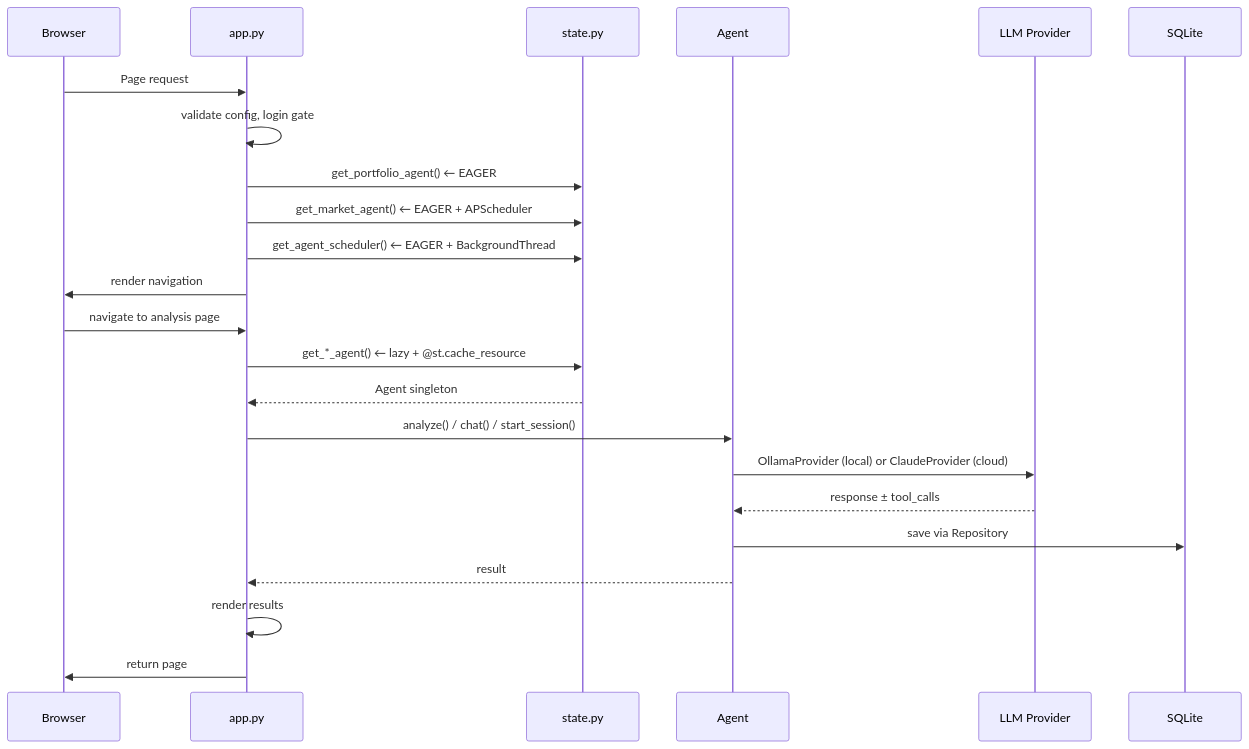
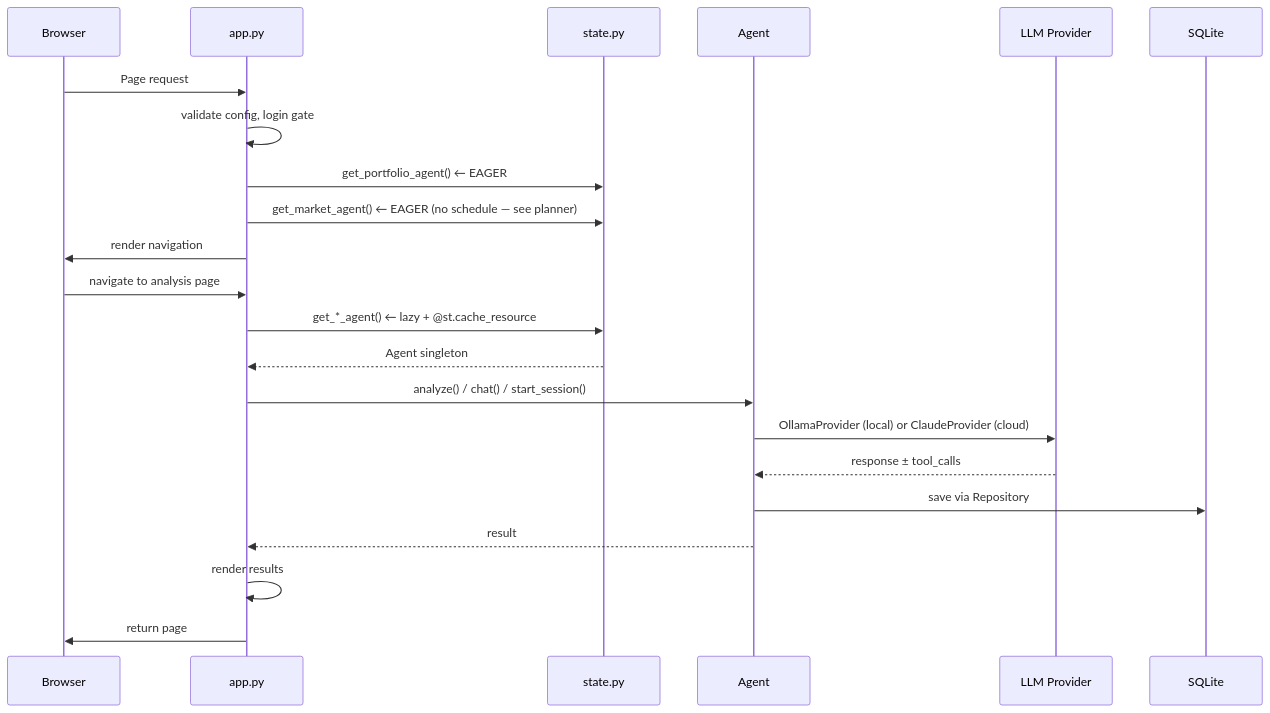
One commit to esc1899/wealth_management changed the second of 3 diagrams in ARCHITECTURE.md. Above: the diagram before and after it, drawn with Mermaid. The commit also changed other lines of this file and 8 other files, not shown here.

````diff
--- a/ARCHITECTURE.md
+++ b/ARCHITECTURE.md
@@ -62,27 +62,26 @@
 ```mermaid
 sequenceDiagram
     participant B as Browser
     participant A as app.py
     participant S as state.py
     participant Ag as Agent
     participant LLM as LLM Provider
     participant DB as SQLite
 
     B->>A: Page request
     A->>A: validate config, login gate
     A->>S: get_portfolio_agent() ← EAGER
-    A->>S: get_market_agent() ← EAGER + APScheduler
-    A->>S: get_agent_scheduler() ← EAGER + BackgroundThread
+    A->>S: get_market_agent() ← EAGER (no schedule — see planner)
     A->>B: render navigation
 
     B->>A: navigate to analysis page
     A->>S: get_*_agent() ← lazy + @st.cache_resource
     S-->>A: Agent singleton
     A->>Ag: analyze() / chat() / start_session()
     Ag->>LLM: OllamaProvider (local) or ClaudeProvider (cloud)
     LLM-->>Ag: response ± tool_calls
     Ag->>DB: save via Repository
     Ag-->>A: result
     A->>A: render results
     A->>B: return page
 ```
````
